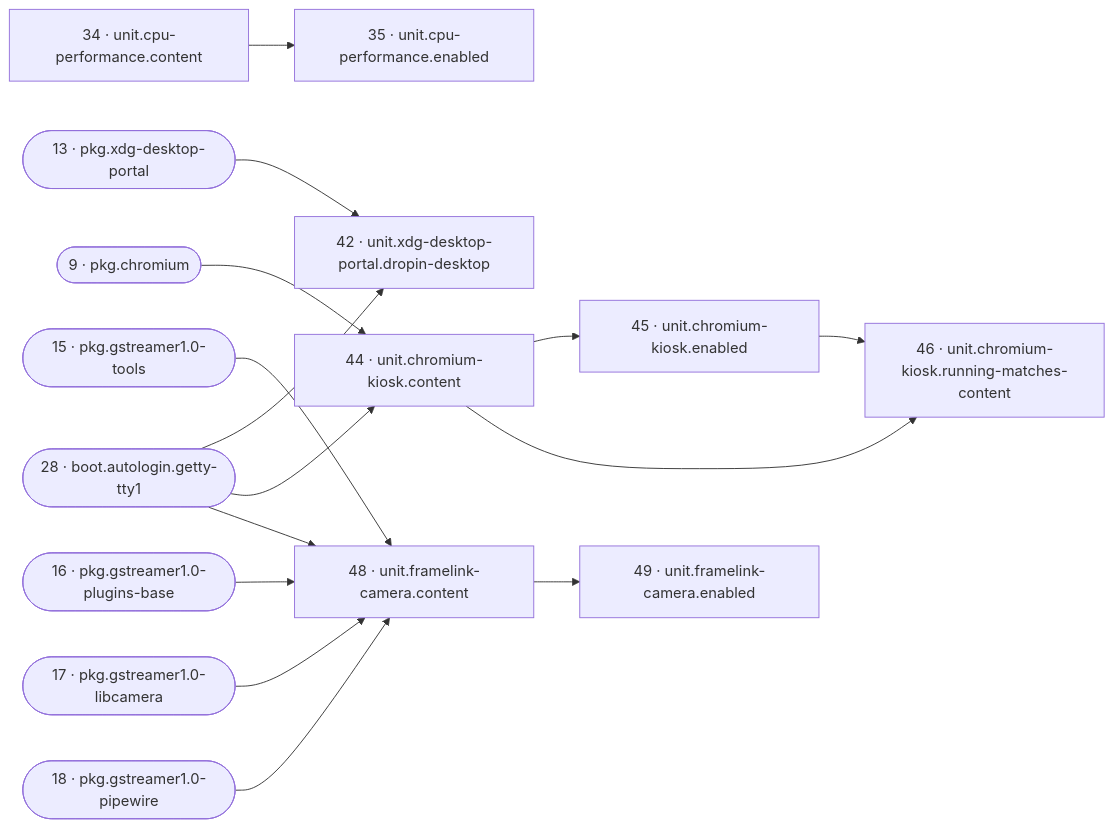
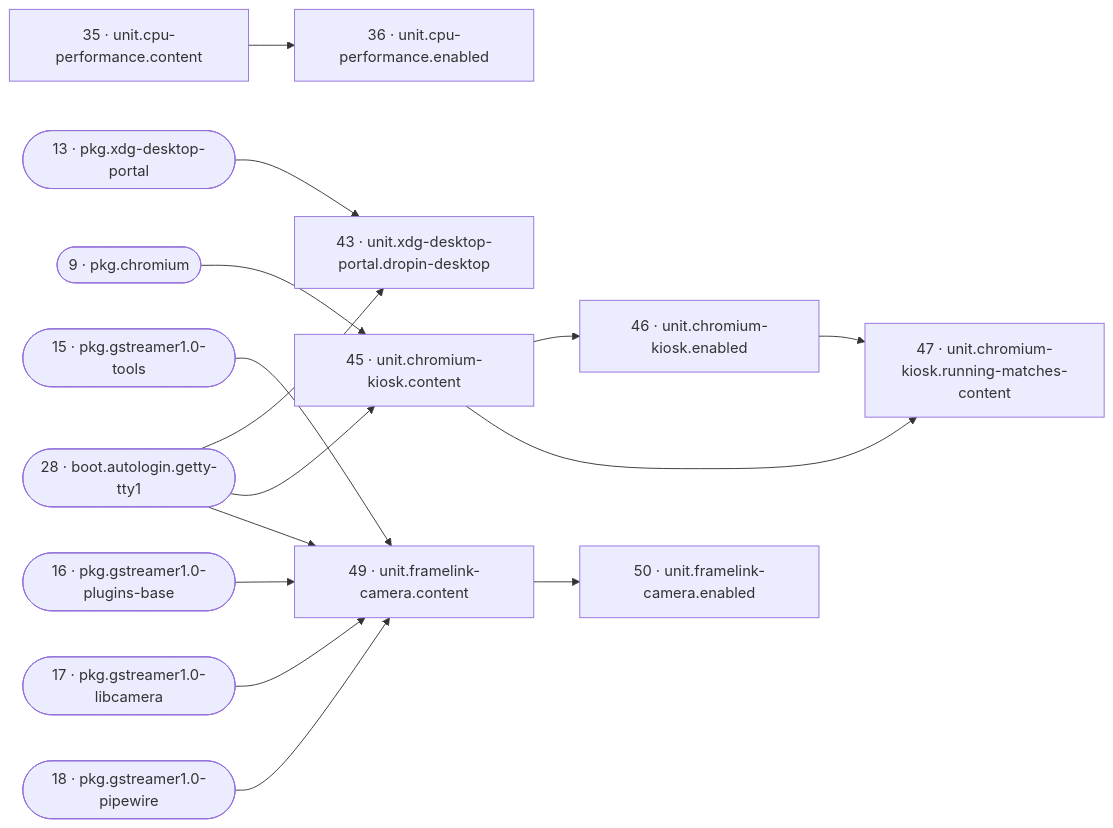
One commit to SixFive7/FrameLink changed the ninth of 21 diagrams in reference/reconcile-dag.md. Above: the diagram before and after it, drawn with Mermaid. The commit also changed other lines of this file and 5 other files, not shown here.

````diff
--- a/reference/reconcile-dag.md
+++ b/reference/reconcile-dag.md
@@ -328,32 +330,32 @@
 ```mermaid
 flowchart LR
-  r34["34 · unit.cpu-performance.content"]
-  r35["35 · unit.cpu-performance.enabled"]
-  r42["42 · unit.xdg-desktop-portal.dropin-desktop"]
-  r44["44 · unit.chromium-kiosk.content"]
-  r45["45 · unit.chromium-kiosk.enabled"]
-  r46["46 · unit.chromium-kiosk.running-matches-content"]
-  r48["48 · unit.framelink-camera.content"]
-  r49["49 · unit.framelink-camera.enabled"]
+  r35["35 · unit.cpu-performance.content"]
+  r36["36 · unit.cpu-performance.enabled"]
+  r43["43 · unit.xdg-desktop-portal.dropin-desktop"]
+  r45["45 · unit.chromium-kiosk.content"]
+  r46["46 · unit.chromium-kiosk.enabled"]
+  r47["47 · unit.chromium-kiosk.running-matches-content"]
+  r49["49 · unit.framelink-camera.content"]
+  r50["50 · unit.framelink-camera.enabled"]
   r9(["9 · pkg.chromium"])
   r13(["13 · pkg.xdg-desktop-portal"])
   r15(["15 · pkg.gstreamer1.0-tools"])
   r16(["16 · pkg.gstreamer1.0-plugins-base"])
   r17(["17 · pkg.gstreamer1.0-libcamera"])
   r18(["18 · pkg.gstreamer1.0-pipewire"])
   r28(["28 · boot.autologin.getty-tty1"])
-  r34 --> r35
-  r13 --> r42
-  r28 --> r42
-  r9 --> r44
-  r28 --> r44
-  r44 --> r45
-  r44 --> r46
+  r35 --> r36
+  r13 --> r43
+  r28 --> r43
+  r9 --> r45
+  r28 --> r45
   r45 --> r46
-  r15 --> r48
-  r16 --> r48
-  r17 --> r48
-  r18 --> r48
-  r28 --> r48
-  r48 --> r49
+  r45 --> r47
+  r46 --> r47
+  r15 --> r49
+  r16 --> r49
+  r17 --> r49
+  r18 --> r49
+  r28 --> r49
+  r49 --> r50
 ```
````
